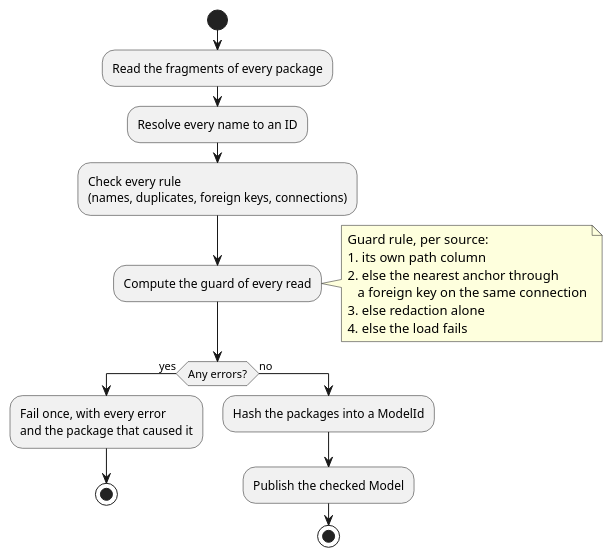
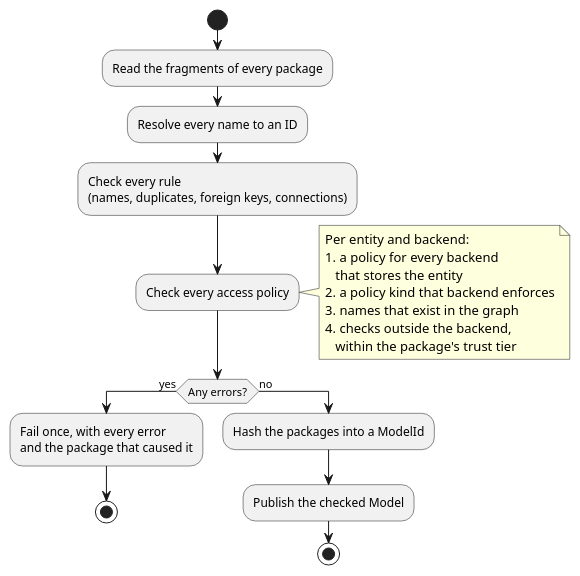
One commit to gitlabhq/orbit-knowledge-graph changed the third of 8 diagrams in docs/pages/engineering/adr/024_pluggable_data_model.md. Above: the diagram before and after it, drawn with PlantUML. The commit also changed other lines of this file and 1 other file, not shown here.

Commit message:
docs(adr): declare access policies per backend and checks outside the backend

````diff
--- a/docs/pages/engineering/adr/024_pluggable_data_model.md
+++ b/docs/pages/engineering/adr/024_pluggable_data_model.md
@@ -217,27 +218,28 @@
 ```plantuml
 @startuml
 set separator none
 skinparam shadowing false
 start
 :Read the fragments of every package;
 :Resolve every name to an ID;
 :Check every rule\n(names, duplicates, foreign keys, connections);
-:Compute the guard of every read;
+:Check every access policy;
 note right
-  Guard rule, per source:
-  1. its own path column
-  2. else the nearest anchor through
-     a foreign key on the same connection
-  3. else redaction alone
-  4. else the load fails
+  Per entity and backend:
+  1. a policy for every backend
+     that stores the entity
+  2. a policy kind that backend enforces
+  3. names that exist in the graph
+  4. checks outside the backend,
+     within the package's trust tier
 end note
 if (Any errors?) then (yes)
   :Fail once, with every error\nand the package that caused it;
   stop
 else (no)
   :Hash the packages into a ModelId;
   :Publish the checked Model;
   stop
 endif
 @enduml
 ```
````
